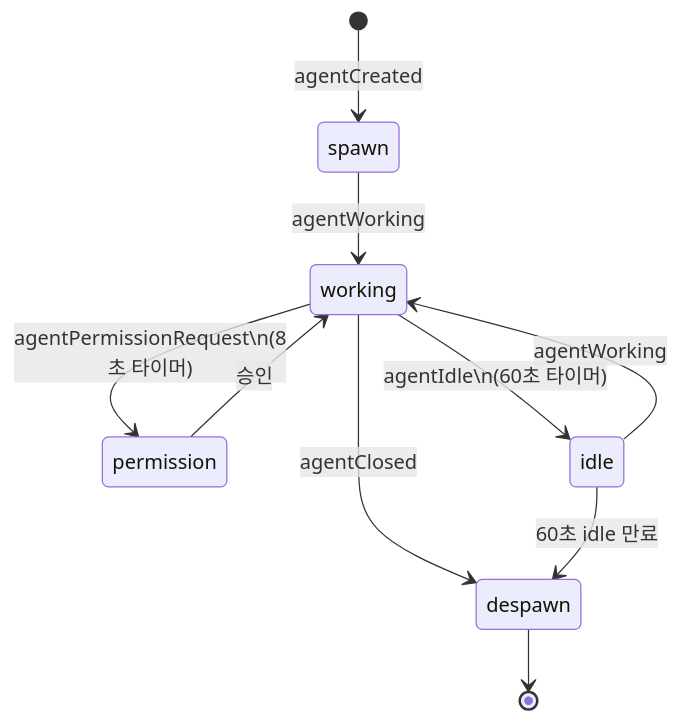
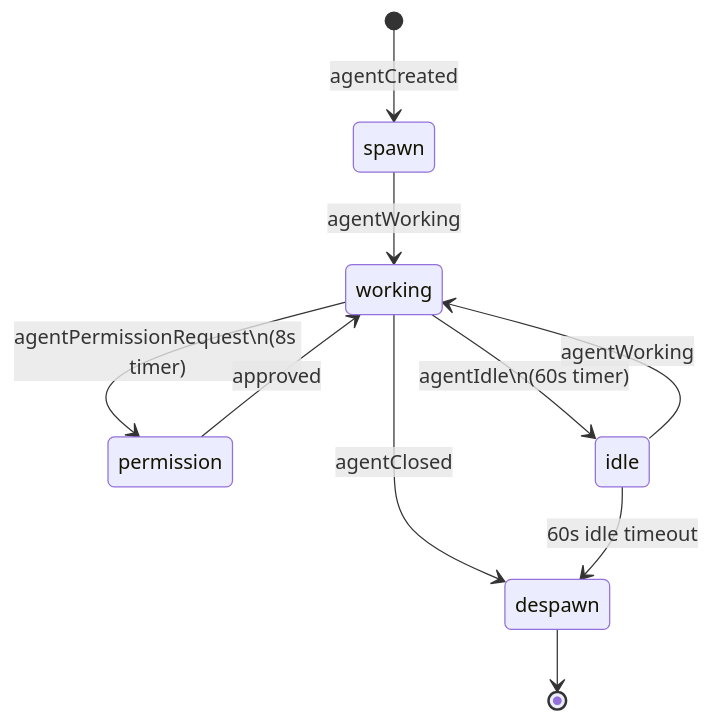
One commit to claude-studio/claude-studio changed the second of 2 diagrams in README.md. Above: the diagram before and after it, drawn with Mermaid. The commit also changed other lines of this file and 6 other files, not shown here.

````diff
--- a/README.md
+++ b/README.md
@@ -125,12 +129,12 @@
 ```mermaid
 stateDiagram-v2
     [*] --> spawn: agentCreated
     spawn --> working: agentWorking
-    working --> permission: agentPermissionRequest\n(8초 타이머)
-    permission --> working: 승인
-    working --> idle: agentIdle\n(60초 타이머)
+    working --> permission: agentPermissionRequest\n(8s timer)
+    permission --> working: approved
+    working --> idle: agentIdle\n(60s timer)
     idle --> working: agentWorking
     working --> despawn: agentClosed
-    idle --> despawn: 60초 idle 만료
+    idle --> despawn: 60s idle timeout
     despawn --> [*]
 ```
````
